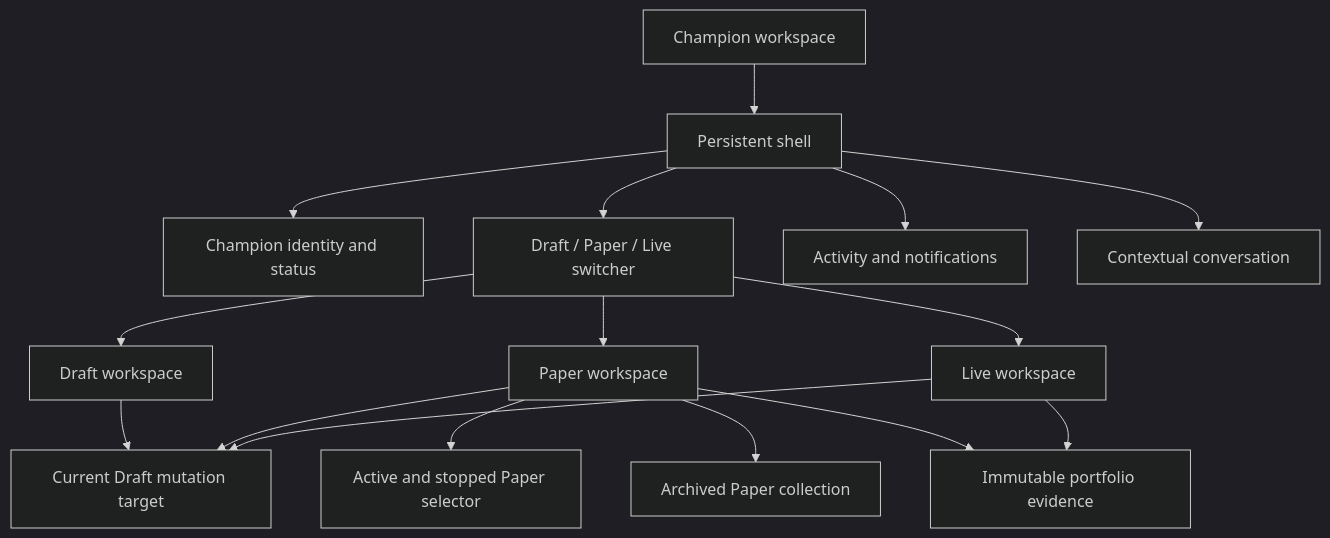
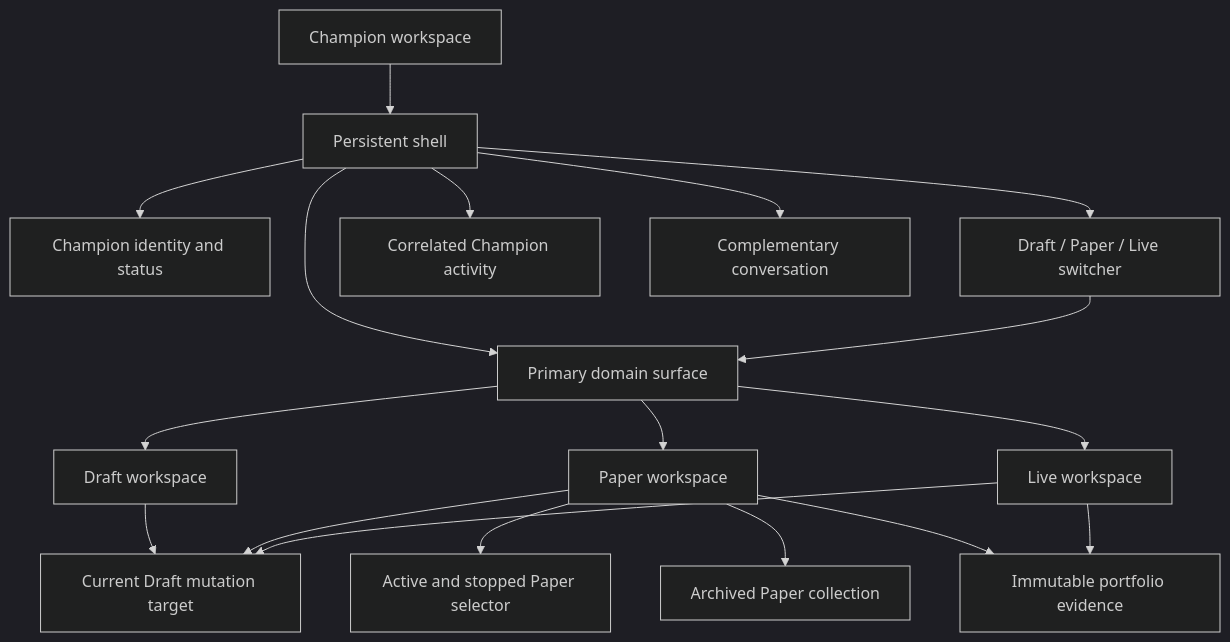
The diagram in docs/information-architecture.md (moosefroggo/vantheon-architecture), drawn with Mermaid (dark theme) before and after one commit. The commit also changed other lines of this file and 10 other files, not shown here.

````diff
--- a/docs/information-architecture.md
+++ b/docs/information-architecture.md
@@ -19,18 +21,20 @@
 ```mermaid
 flowchart TB
     W[Champion workspace] --> S[Persistent shell]
     S --> I[Champion identity and status]
     S --> N[Draft / Paper / Live switcher]
-    S --> A[Activity and notifications]
-    S --> C[Contextual conversation]
-    N --> D[Draft workspace]
-    N --> P[Paper workspace]
-    N --> L[Live workspace]
+    S --> M[Primary domain surface]
+    S --> A[Correlated Champion activity]
+    S --> C[Complementary conversation]
+    M --> D[Draft workspace]
+    M --> P[Paper workspace]
+    M --> L[Live workspace]
+    N --> M
     D --> T[Current Draft mutation target]
     P --> T
     L --> T
     P --> PS[Active and stopped Paper selector]
     P --> AR[Archived Paper collection]
     P --> E[Immutable portfolio evidence]
     L --> E
 ```
````
